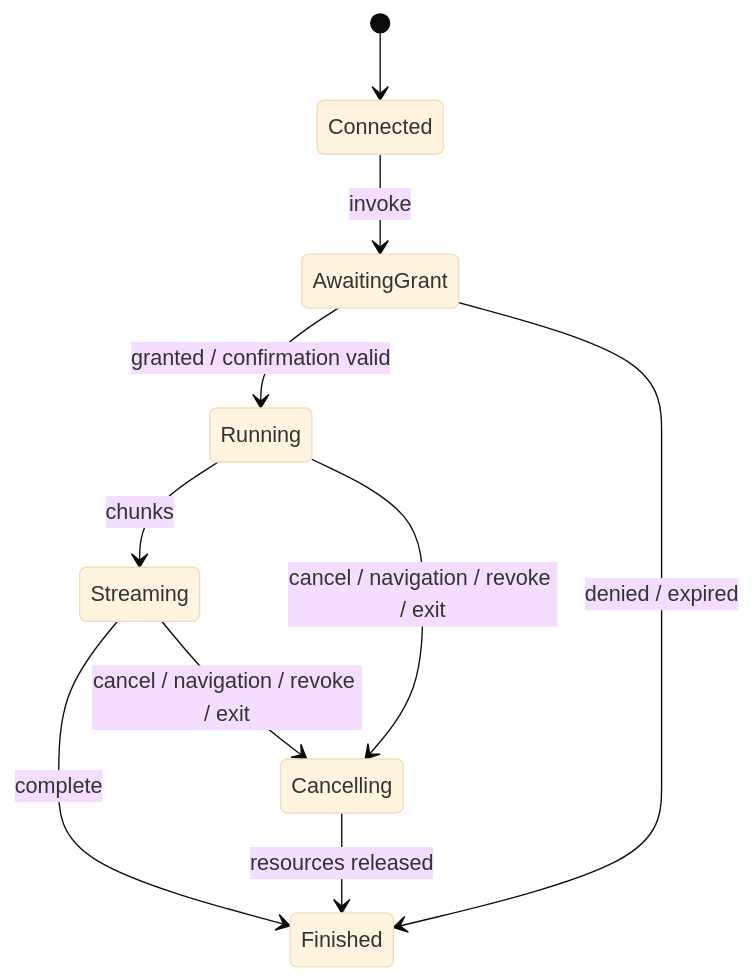
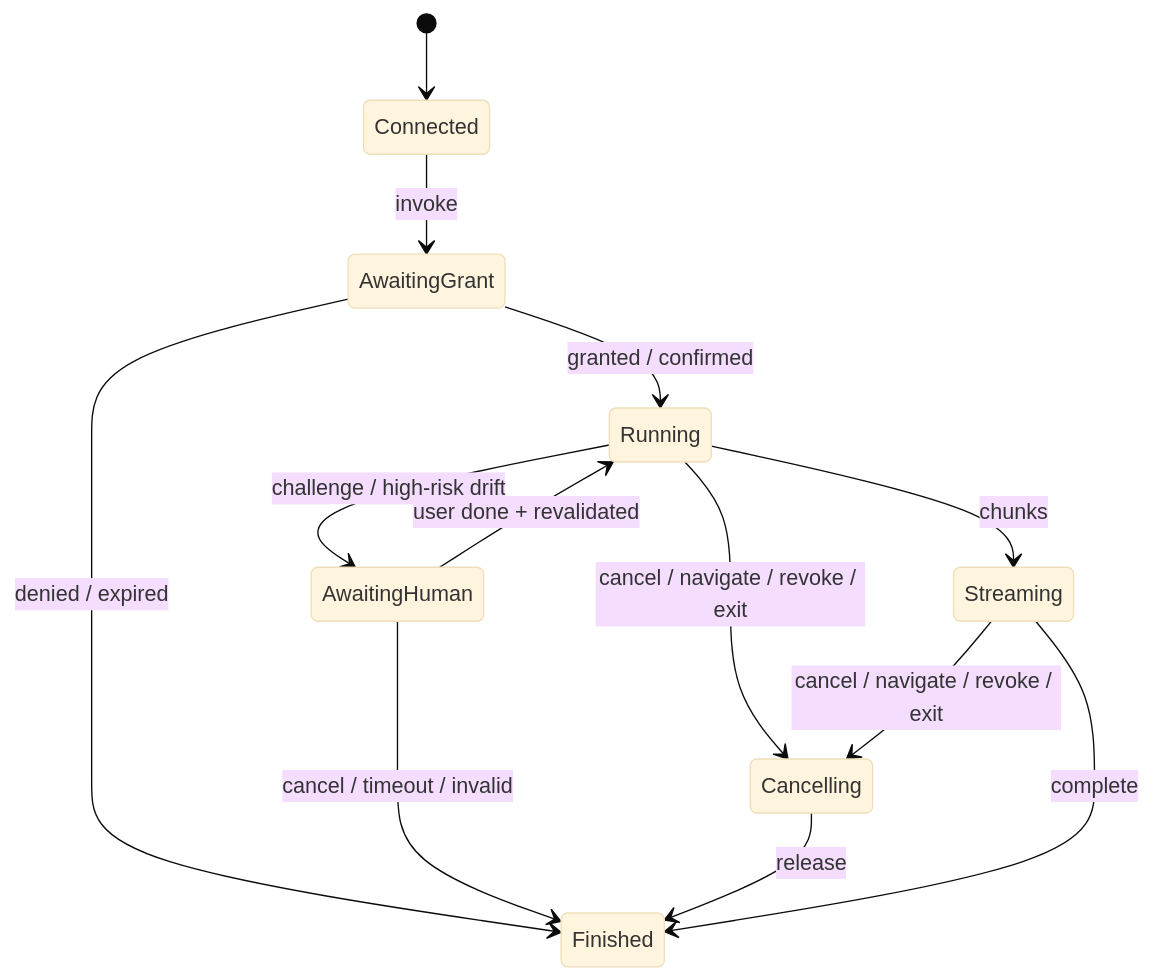
Before and after one commit to shenyingjun5/crayon-browser: the fourth of 4 diagrams in docs/current/architecture.md, drawn with Mermaid (base theme). The commit also changed other lines of this file and 26 other files, not shown here.

Commit message:
docs(product): align Agent-native PRD and roadmaps

````diff
--- a/docs/current/architecture.md
+++ b/docs/current/architecture.md
@@ -123,12 +168,15 @@
 ```mermaid
 stateDiagram-v2
   [*] --> Connected
   Connected --> AwaitingGrant: invoke
-  AwaitingGrant --> Running: granted / confirmation valid
+  AwaitingGrant --> Running: granted / confirmed
   AwaitingGrant --> Finished: denied / expired
+  Running --> AwaitingHuman: challenge / high-risk drift
+  AwaitingHuman --> Running: user done + revalidated
+  AwaitingHuman --> Finished: cancel / timeout / invalid
   Running --> Streaming: chunks
+  Running --> Cancelling: cancel / navigate / revoke / exit
+  Streaming --> Cancelling: cancel / navigate / revoke / exit
+  Cancelling --> Finished: release
   Streaming --> Finished: complete
-  Running --> Cancelling: cancel / navigation / revoke / exit
-  Streaming --> Cancelling: cancel / navigation / revoke / exit
-  Cancelling --> Finished: resources released
 ```
````
